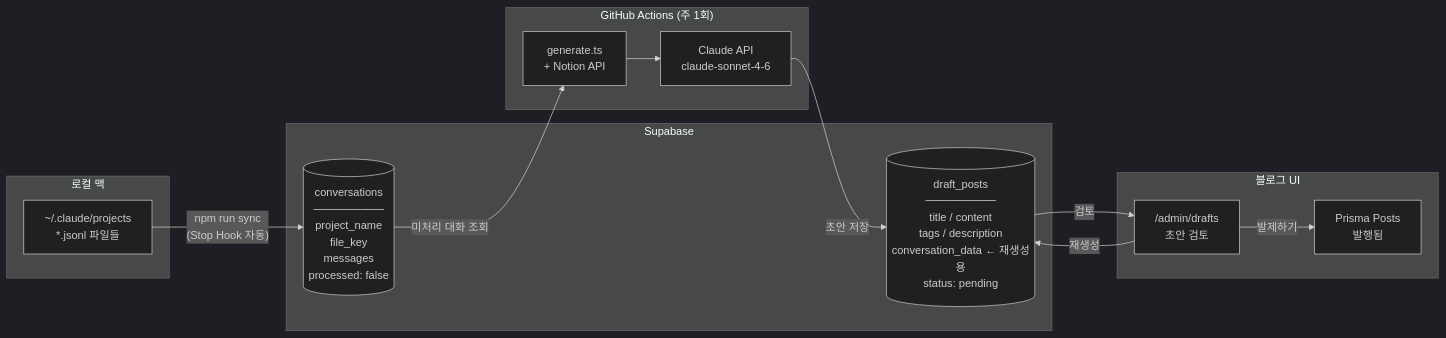
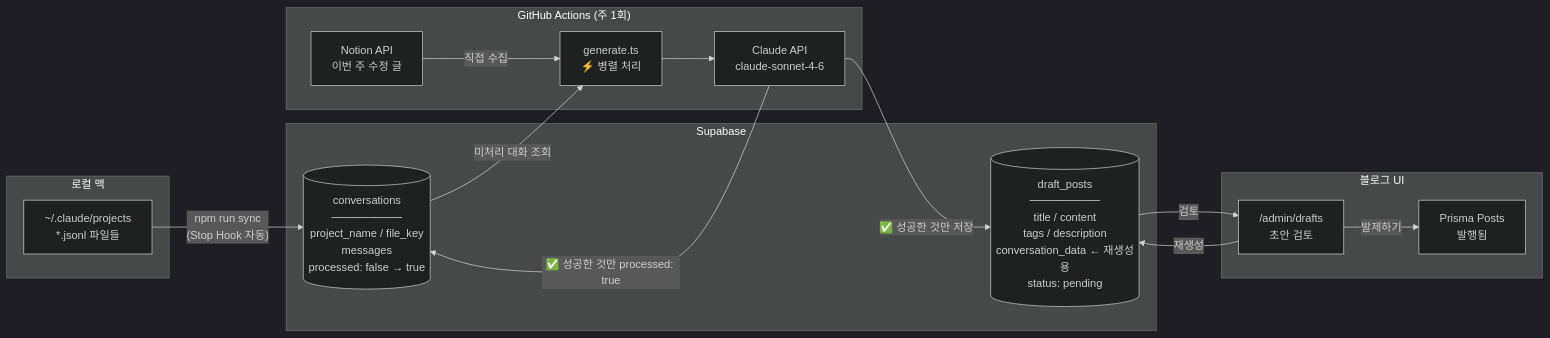
One commit to hov-i/auto-blog-posting changed the second of 3 diagrams in README.md. Above: the diagram before and after it, drawn with Mermaid (dark theme). The commit also changed other lines of this file and 2 other files, not shown here.

````diff
--- a/README.md
+++ b/README.md
@@ -52,29 +54,32 @@
 ```mermaid
 flowchart LR
     subgraph LOCAL["로컬 맥"]
         A["~/.claude/projects\n*.jsonl 파일들"]
     end
 
     subgraph SUPABASE["Supabase"]
-        B[("conversations\n─────────\nproject_name\nfile_key\nmessages\nprocessed: false")]
+        B[("conversations\n─────────\nproject_name / file_key\nmessages\nprocessed: false → true")]
         C[("draft_posts\n─────────\ntitle / content\ntags / description\nconversation_data ← 재생성용\nstatus: pending")]
     end
 
     subgraph CLOUD["GitHub Actions (주 1회)"]
-        D["generate.ts\n+ Notion API"]
+        N["Notion API\n이번 주 수정 글"]
+        D["generate.ts\n⚡ 병렬 처리"]
         E["Claude API\nclaude-sonnet-4-6"]
     end
 
     subgraph BLOG["블로그 UI"]
         F["/admin/drafts\n초안 검토"]
         G["Prisma Posts\n발행됨"]
     end
 
     A -->|"npm run sync\n(Stop Hook 자동)"| B
+    N -->|"직접 수집"| D
     B -->|"미처리 대화 조회"| D
     D --> E
-    E -->|"초안 저장"| C
+    E -->|"✅ 성공한 것만 저장"| C
+    E -->|"✅ 성공한 것만 processed: true"| B
     C -->|"검토"| F
     F -->|"발제하기"| G
     F -->|"재생성"| C
 ```
````
